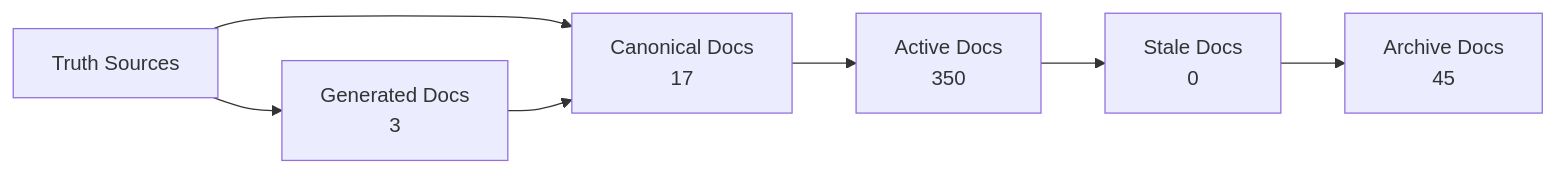
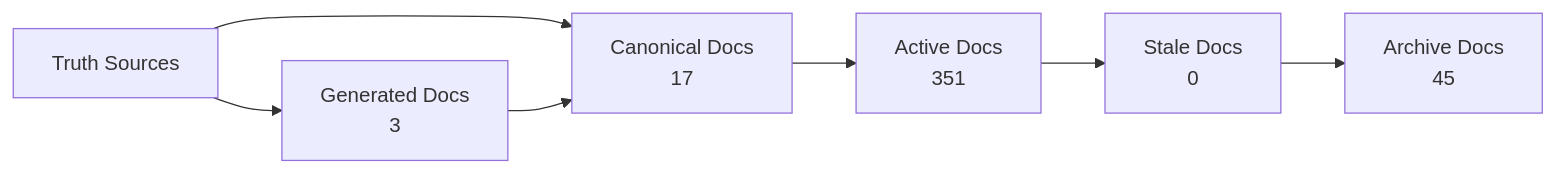
One commit to Latimer-Woods-Tech/Factory changed the diagram in docs/_generated/docs-trust-map.md. Above: the diagram before and after it, drawn with Mermaid. The commit also changed 41 other files, not shown here.

````diff
--- a/docs/_generated/docs-trust-map.md
+++ b/docs/_generated/docs-trust-map.md
@@ -20,14 +20,14 @@
 ```mermaid
 flowchart LR
   truth["Truth Sources"] --> canonical["Canonical Docs"]
   canonical --> active["Active Docs"]
   active --> stale["Stale Docs"]
   stale --> archive["Archive Docs"]
   canonical["Canonical Docs\n17"]
-  active["Active Docs\n350"]
+  active["Active Docs\n351"]
   stale["Stale Docs\n0"]
   archive["Archive Docs\n45"]
   generated["Generated Docs\n3"]
   truth --> generated
   generated --> canonical
 ```
````
